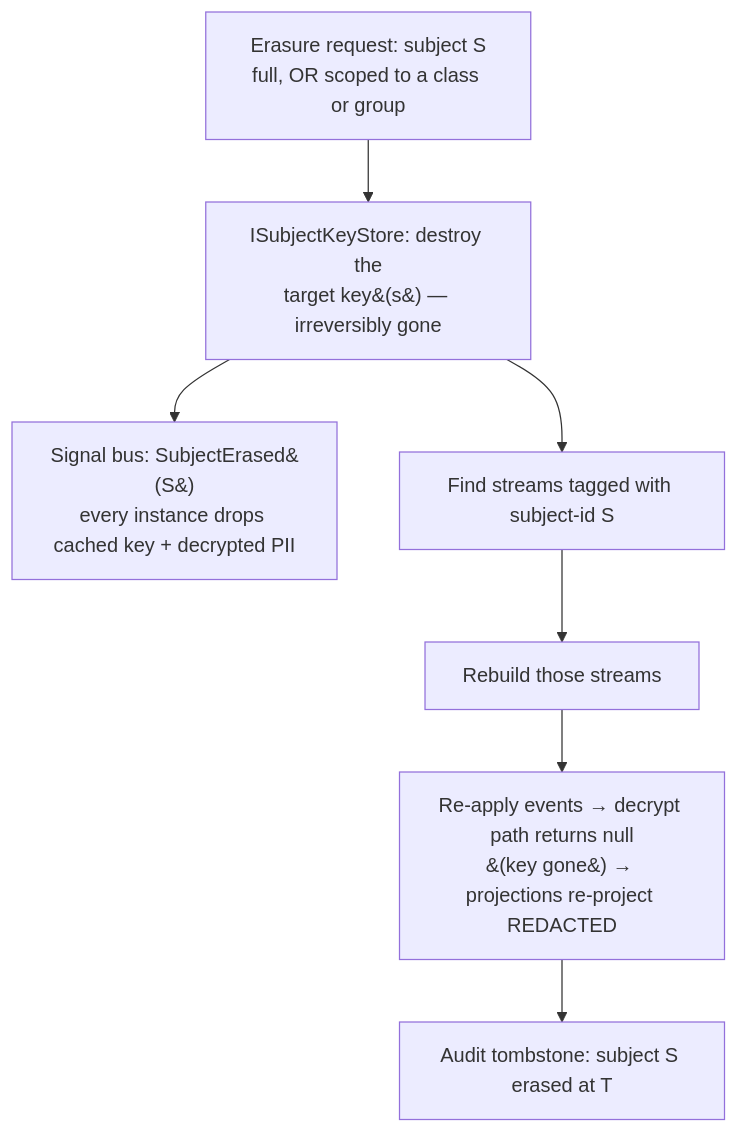
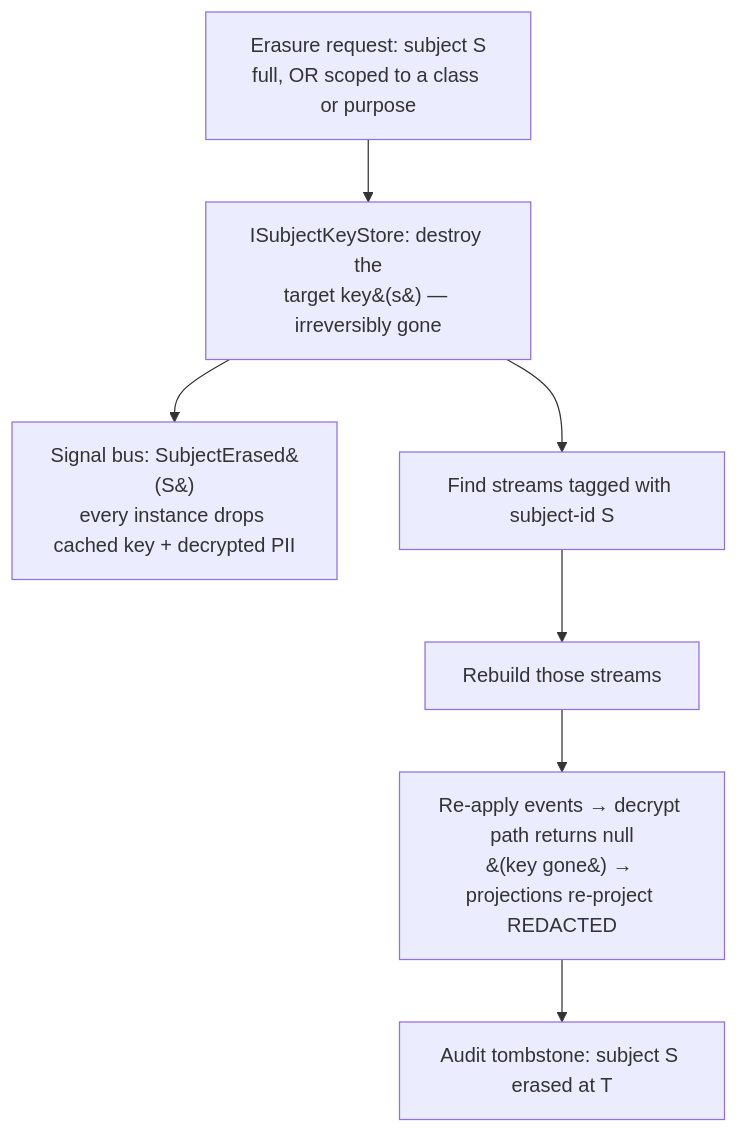
Before and after one commit to whizbang-lib/whizbang-lib.github.io: the diagram in src/assets/docs/proposals/subject-data-protection.md, drawn with Mermaid. The commit also changed other lines of this file, not shown here.

````diff
--- a/src/assets/docs/proposals/subject-data-protection.md
+++ b/src/assets/docs/proposals/subject-data-protection.md
@@ -123,9 +126,9 @@
 ```mermaid
 flowchart TD
-  A[Erasure request: subject S<br/>full, OR scoped to a class or group] --> B[ISubjectKeyStore: destroy the<br/>target key&#40;s&#41; — irreversibly gone]
+  A[Erasure request: subject S<br/>full, OR scoped to a class or purpose] --> B[ISubjectKeyStore: destroy the<br/>target key&#40;s&#41; — irreversibly gone]
   B --> C[Signal bus: SubjectErased&#40;S&#41;<br/>every instance drops cached key + decrypted PII]
   B --> D[Find streams tagged with subject-id S]
   D --> E[Rebuild those streams]
   E --> F[Re-apply events → decrypt path returns null<br/>&#40;key gone&#41; → projections re-project REDACTED]
   F --> G[Audit tombstone: subject S erased at T]
 ```
````
